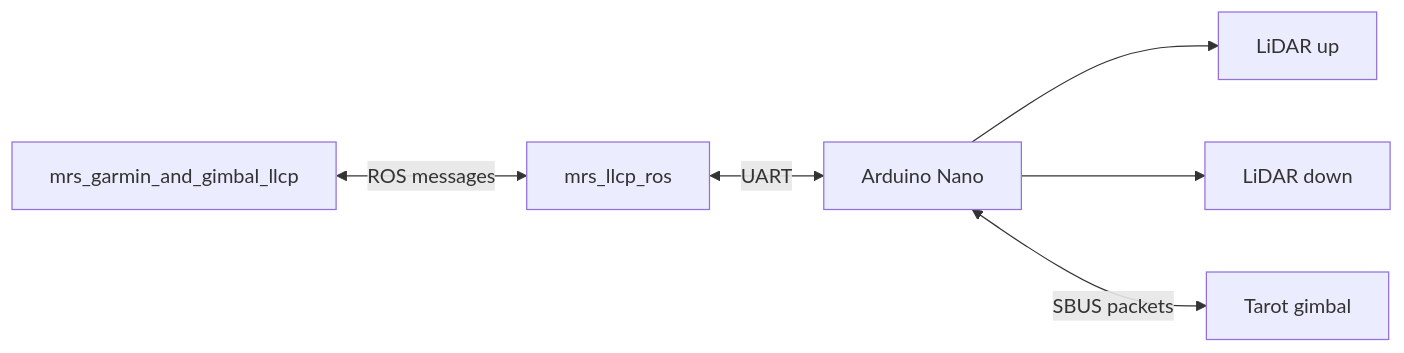
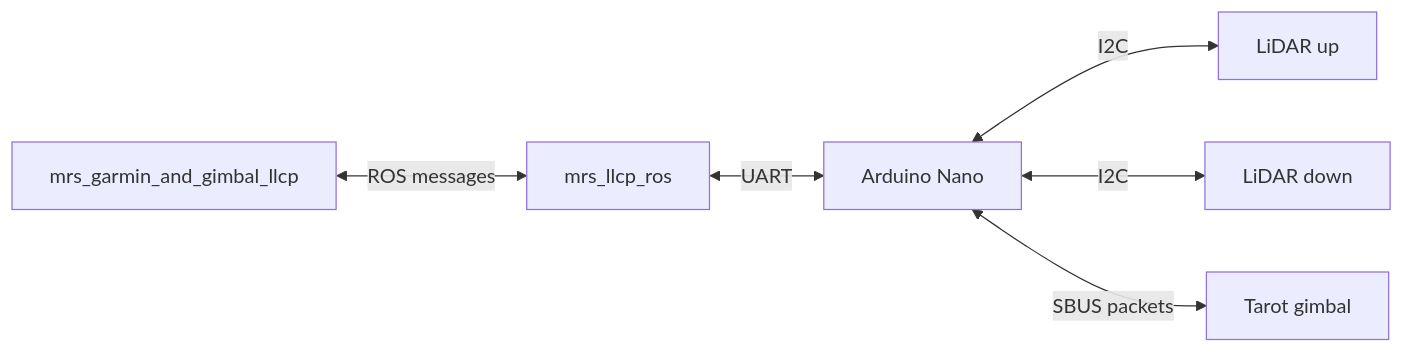
The diagram in README.md (ctu-mrs/mrs_garmin_and_gimbal_llcp), drawn with Mermaid before and after one commit. The commit also changed other lines of this file, not shown here.

````diff
--- a/README.md
+++ b/README.md
@@ -4,8 +4,8 @@
 ```mermaid
 flowchart LR
 A[mrs_garmin_and_gimbal_llcp] <-->|ROS messages| B[mrs_llcp_ros]
 B <-->|UART| C[Arduino Nano]
-C-->D[LiDAR up]
-C-->E[LiDAR down]
+C<-->|I2C|D[LiDAR up]
+C<-->|I2C|E[LiDAR down]
 C <-->|SBUS packets|F[Tarot gimbal]
 ```
````
